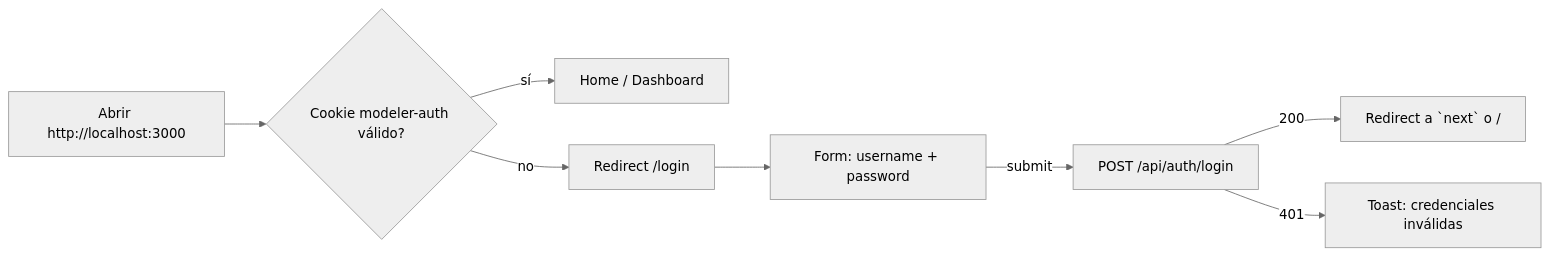
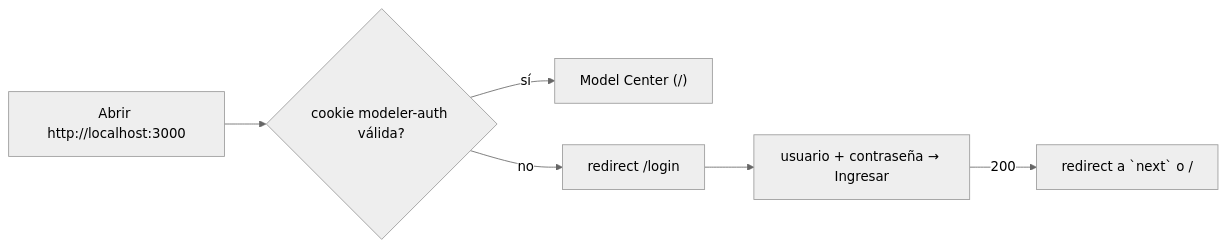
The diagram in doc/user-guide.md (Carlosmps97/web-data-model-hub), drawn with Mermaid (neutral theme) before and after one commit. The commit also changed other lines of this file and 118 other files, not shown here.

````diff
--- a/doc/user-guide.md
+++ b/doc/user-guide.md
@@ -9,10 +10,8 @@
 ```mermaid
 flowchart LR
-    A["Abrir http://localhost:3000"] --> M{"Cookie modeler-auth válido?"}
-    M -->|"sí"| H["Home / Dashboard"]
-    M -->|"no"| L["Redirect /login"]
-    L --> F["Form: username + password"]
-    F -->|"submit"| API["POST /api/auth/login"]
-    API -->|"200"| R["Redirect a `next` o /"]
-    API -->|"401"| ERR["Toast: credenciales inválidas"]
+    A["Abrir http://localhost:3000"] --> M{"cookie modeler-auth válida?"}
+    M -->|"sí"| H["Model Center (/)"]
+    M -->|"no"| L["redirect /login"]
+    L --> F["usuario + contraseña → Ingresar"]
+    F -->|"200"| R["redirect a `next` o /"]
 ```
````
